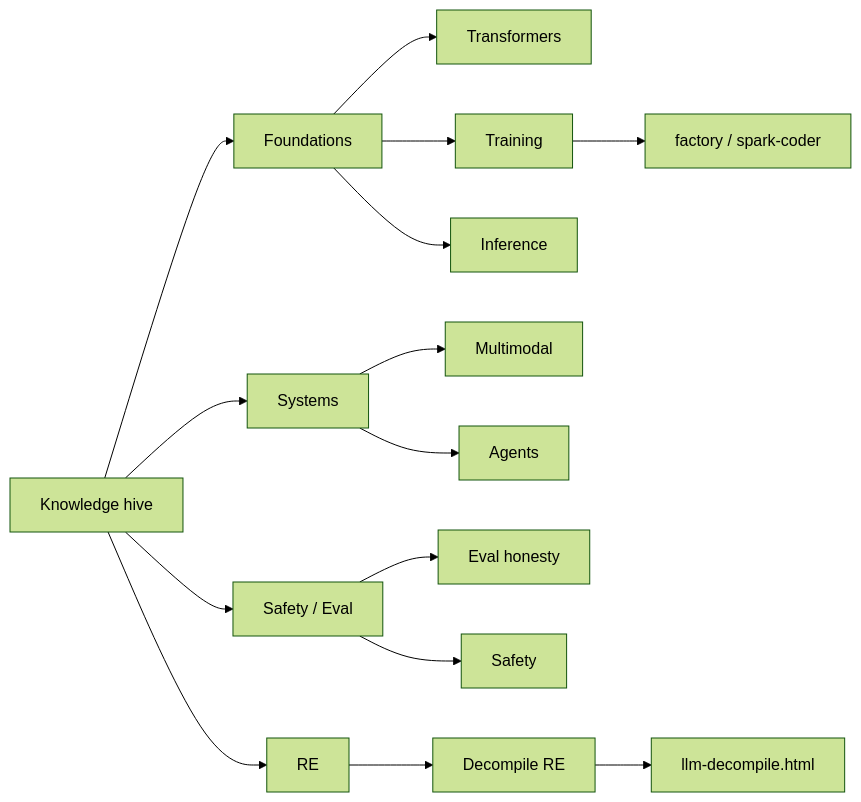
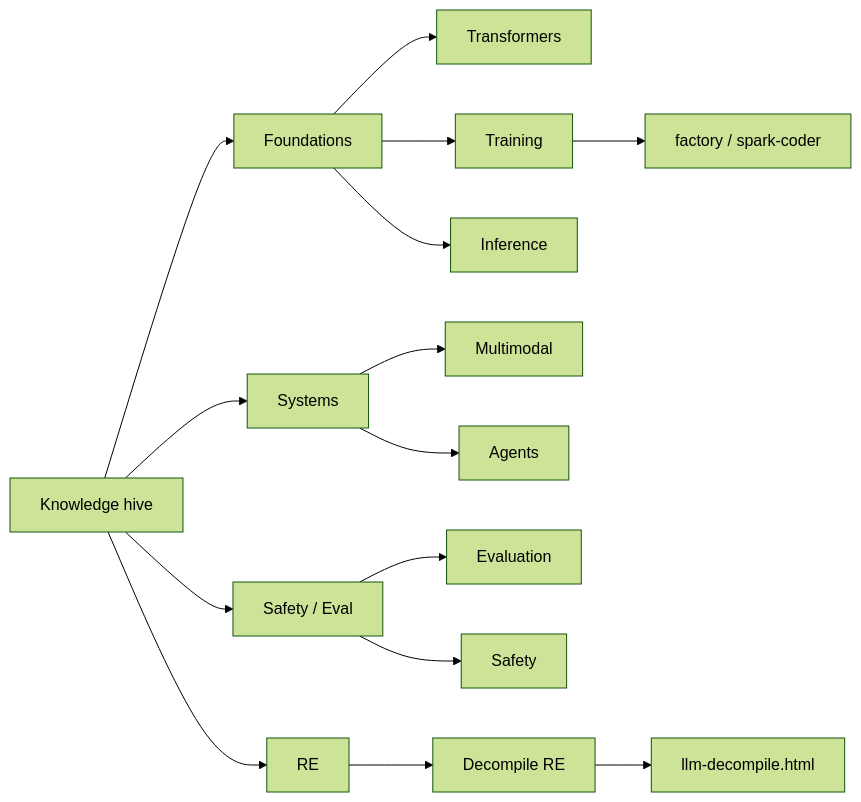
The diagram in docs/KNOWLEDGE.md (sparklang-dev/sparklang), drawn with Mermaid (forest theme) before and after one commit. The commit also changed other lines of this file and 296 other files, not shown here.

````diff
--- a/docs/KNOWLEDGE.md
+++ b/docs/KNOWLEDGE.md
@@ -65,17 +65,17 @@
 ```mermaid
 flowchart LR
-  H[Knowledge hive] --> F[Foundations]
-  H --> S[Systems]
-  H --> SE[Safety / Eval]
-  H --> R[RE]
-  F --> T[Transformers]
-  F --> TR[Training]
-  F --> I[Inference]
-  S --> M[Multimodal]
-  S --> A[Agents]
-  SE --> E[Eval honesty]
-  SE --> Saf[Safety]
-  R --> D[Decompile RE]
-  D --> L[llm-decompile.html]
-  TR --> Fac[factory / spark-coder]
+ H[Knowledge hive] --> F[Foundations]
+ H --> S[Systems]
+ H --> SE[Safety / Eval]
+ H --> R[RE]
+ F --> T[Transformers]
+ F --> TR[Training]
+ F --> I[Inference]
+ S --> M[Multimodal]
+ S --> A[Agents]
+ SE --> E[Evaluation]
+ SE --> Saf[Safety]
+ R --> D[Decompile RE]
+ D --> L[llm-decompile.html]
+ TR --> Fac[factory / spark-coder]
 ```
````
